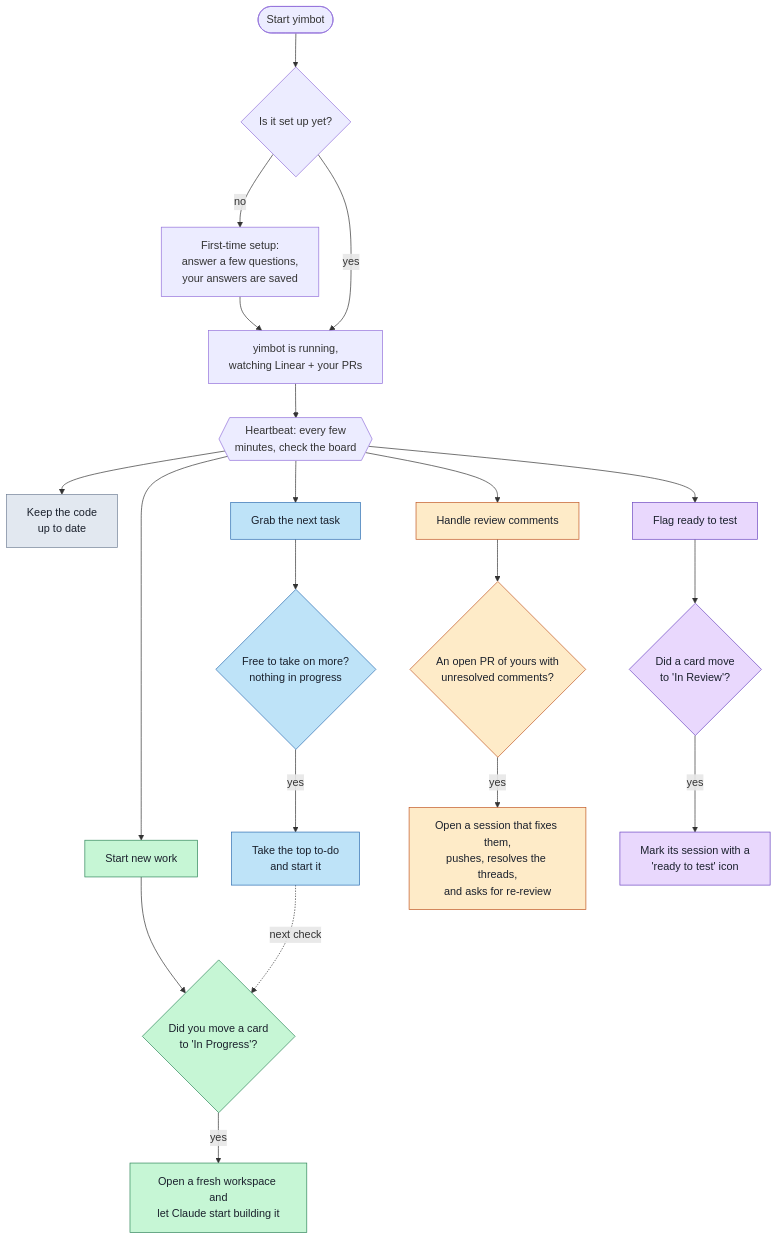
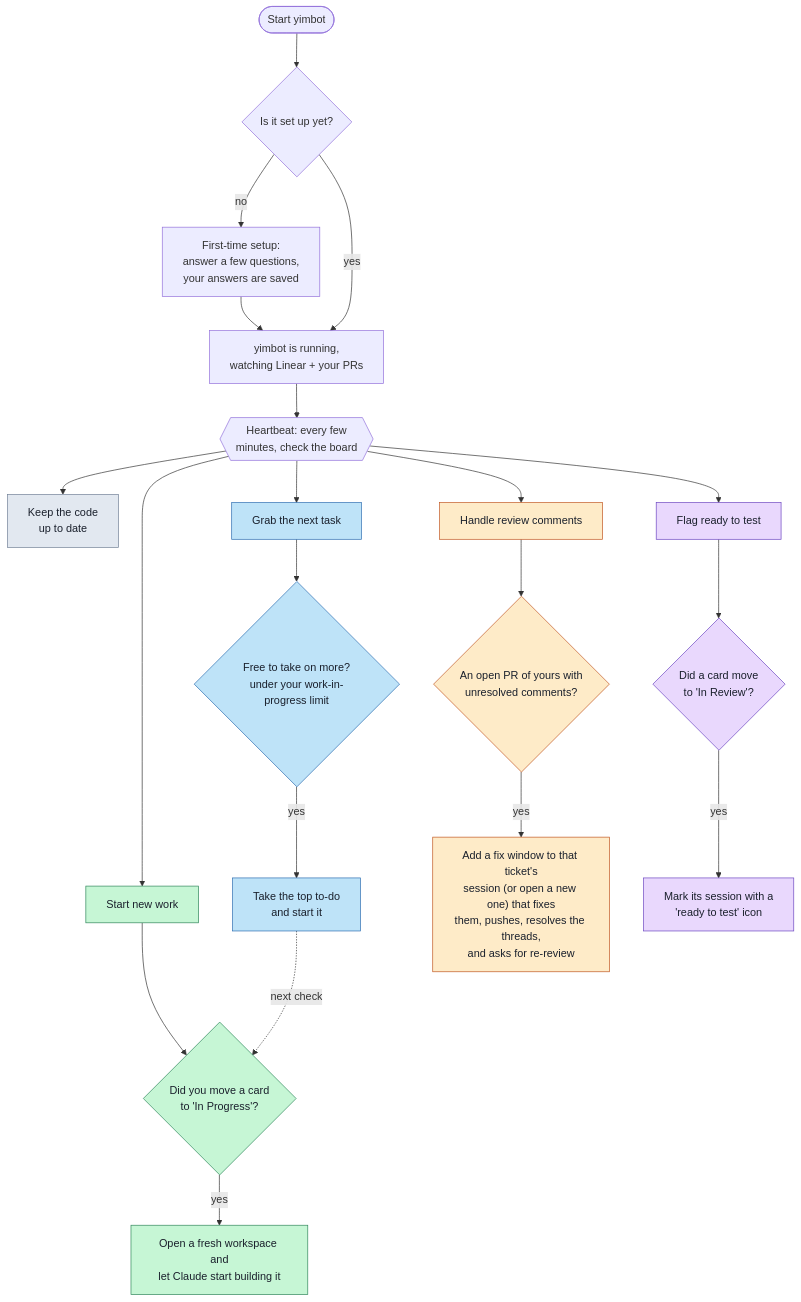
The diagram in README.md (YiminArava4508/yimbot), drawn with Mermaid before and after one commit. The commit also changed other lines of this file and 10 other files, not shown here.

````diff
--- a/README.md
+++ b/README.md
@@ -24,39 +24,39 @@
 ```mermaid
 flowchart TD
     A(["Start yimbot"]) --> B{"Is it set up yet?"}
     B -- no --> W["First-time setup:<br/>answer a few questions,<br/>your answers are saved"]
     W --> C["yimbot is running,<br/>watching Linear + your PRs"]
     B -- yes --> C
 
     C --> P{{"Heartbeat: every few<br/>minutes, check the board"}}
 
     P --> S["Keep the code<br/>up to date"]
 
     P --> G1["Start new work"]
     G1 --> T1{"Did you move a card<br/>to 'In Progress'?"}
     T1 -- yes --> L["Open a fresh workspace and<br/>let Claude start building it"]
 
     P --> G2["Grab the next task"]
-    G2 --> PK{"Free to take on more?<br/>nothing in progress"}
+    G2 --> PK{"Free to take on more?<br/>under your work-in-progress limit"}
     PK -- yes --> M["Take the top to-do<br/>and start it"]
     M -.->|next check| T1
 
     P --> G3["Handle review comments"]
     G3 --> T2{"An open PR of yours with<br/>unresolved comments?"}
-    T2 -- yes --> R["Open a session that fixes them,<br/>pushes, resolves the threads,<br/>and asks for re-review"]
+    T2 -- yes --> R["Add a fix window to that ticket's<br/>session (or open a new one) that fixes<br/>them, pushes, resolves the threads,<br/>and asks for re-review"]
 
     P --> G4["Flag ready to test"]
     G4 --> T3{"Did a card move<br/>to 'In Review'?"}
     T3 -- yes --> F["Mark its session with a<br/>'ready to test' icon"]
 
     classDef deploy fill:#c6f6d5,stroke:#2f855a,color:#1a202c;
     classDef claim fill:#bee3f8,stroke:#2b6cb0,color:#1a202c;
     classDef review fill:#feebc8,stroke:#c05621,color:#1a202c;
     classDef ready fill:#e9d8fd,stroke:#6b46c1,color:#1a202c;
     classDef sync fill:#e2e8f0,stroke:#718096,color:#1a202c;
     class G1,T1,L deploy;
     class G2,PK,M claim;
     class G3,T2,R review;
     class G4,T3,F ready;
     class S sync;
 ```
````
